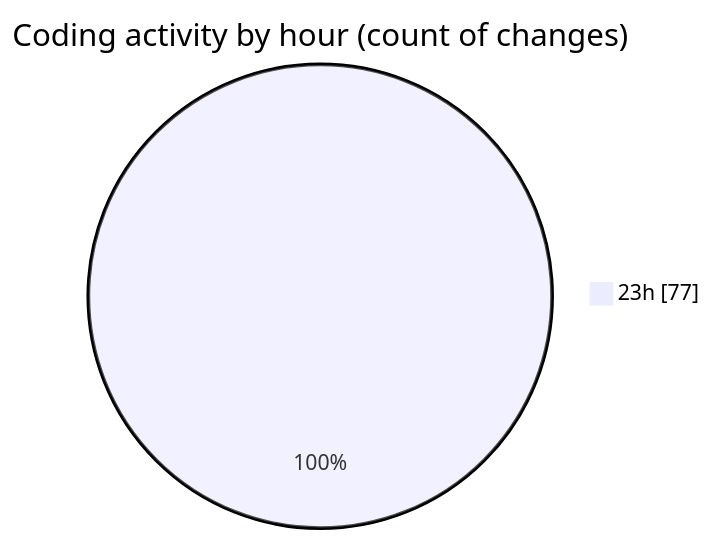
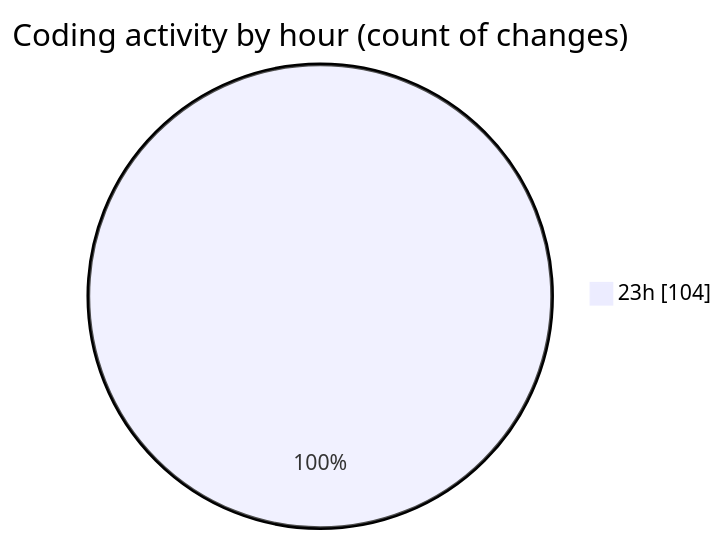
One commit to Ritupan-Deka/code-tracking changed the second of 2 diagrams in 2025-05-25/projects/README.md. Above: the diagram before and after it, drawn with Mermaid. The commit also changed other lines of this file and 1 other file, not shown here.

````diff
--- a/2025-05-25/projects/README.md
+++ b/2025-05-25/projects/README.md
@@ -62,5 +63,5 @@
 ```mermaid
 pie showData
 title Coding activity by hour (count of changes)
-"23h" : 77
+"23h" : 104
 ```
````
